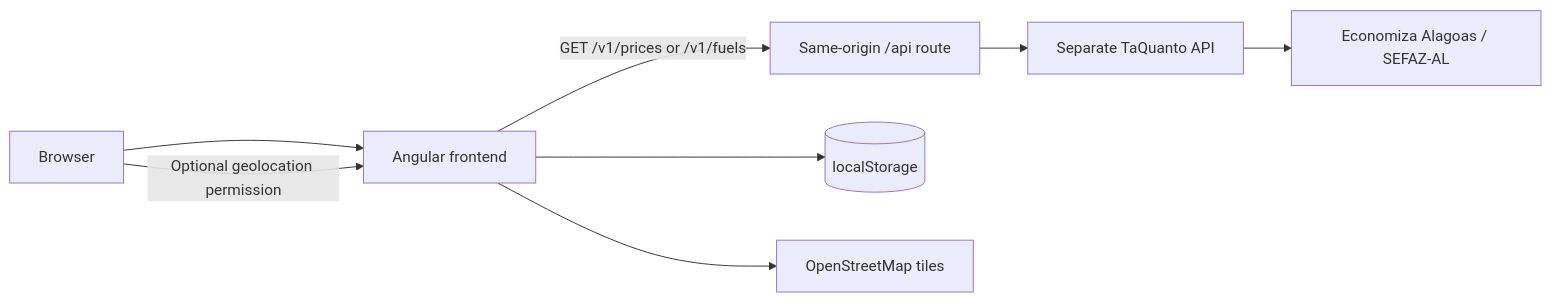
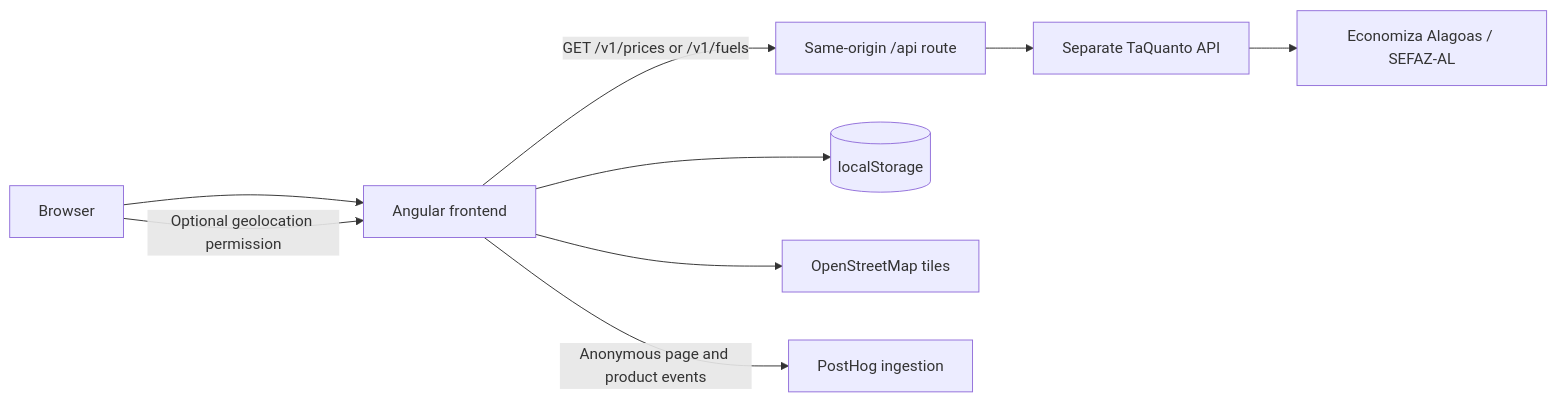
The diagram in README.md (williamroberttv/taquanto), drawn with Mermaid before and after one commit. The commit also changed other lines of this file and 4 other files, not shown here.

````diff
--- a/README.md
+++ b/README.md
@@ -83,10 +83,11 @@
 ```mermaid
 flowchart LR
     Visitor[Browser] --> App[Angular frontend]
     App -->|GET /v1/prices or /v1/fuels| Gateway[Same-origin /api route]
     Gateway --> API[Separate TaQuanto API]
     API --> Source[Economiza Alagoas / SEFAZ-AL]
     App --> Storage[(localStorage)]
     Visitor -->|Optional geolocation permission| App
     App --> OSM[OpenStreetMap tiles]
+    App -->|Anonymous page and product events| PostHog[PostHog ingestion]
 ```
````
